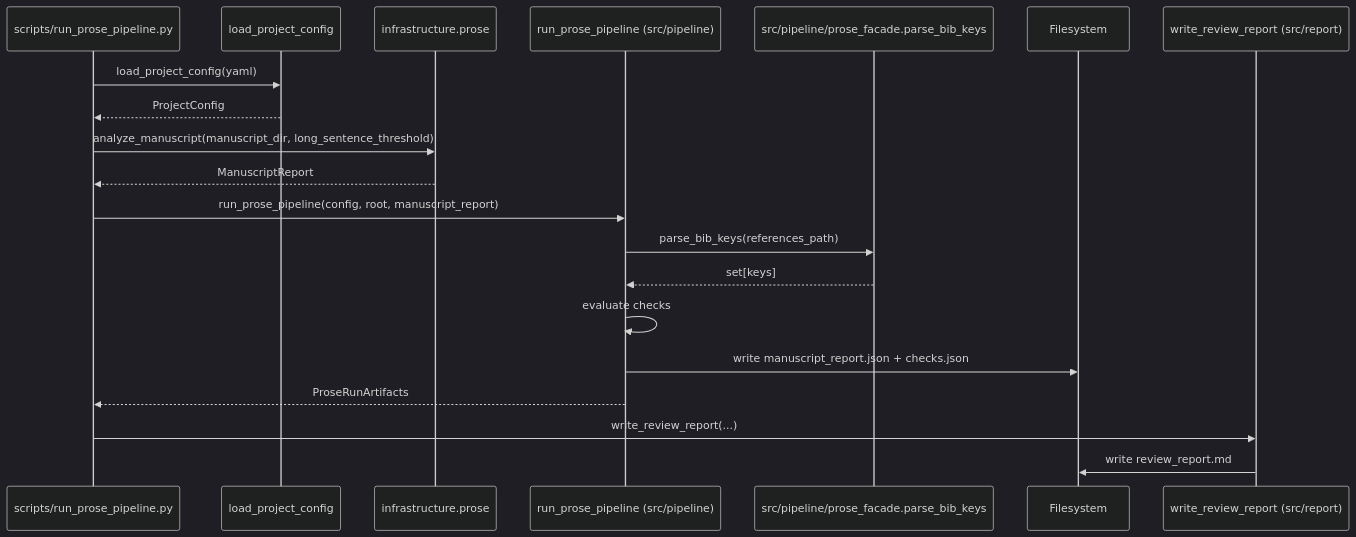
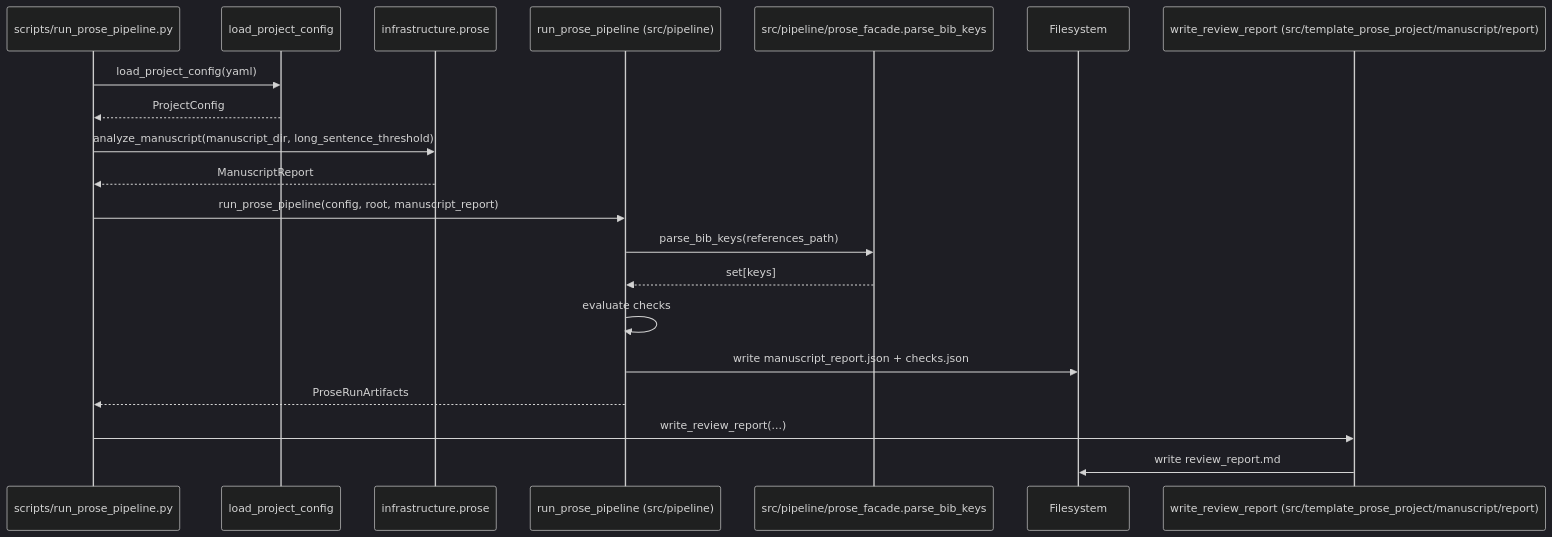
Before and after one commit to docxology/template: the second of 2 diagrams in projects/templates/template_prose_project/docs/architecture.md, drawn with Mermaid (dark theme). The commit also changed other lines of this file and 153 other files, not shown here.

````diff
--- a/projects/templates/template_prose_project/docs/architecture.md
+++ b/projects/templates/template_prose_project/docs/architecture.md
@@ -43,23 +43,23 @@
 ```mermaid
 sequenceDiagram
     participant CLI as scripts/run_prose_pipeline.py
     participant CFG as load_project_config
     participant PROSE as infrastructure.prose
     participant PIPE as run_prose_pipeline (src/pipeline)
     participant PF as src/pipeline/prose_facade.parse_bib_keys
     participant FS as Filesystem
-    participant REP as write_review_report (src/report)
+    participant REP as write_review_report (src/template_prose_project/manuscript/report)
 
     CLI->>CFG: load_project_config(yaml)
     CFG-->>CLI: ProjectConfig
     CLI->>PROSE: analyze_manuscript(manuscript_dir, long_sentence_threshold)
     PROSE-->>CLI: ManuscriptReport
     CLI->>PIPE: run_prose_pipeline(config, root, manuscript_report)
     PIPE->>PF: parse_bib_keys(references_path)
     PF-->>PIPE: set[keys]
     PIPE->>PIPE: evaluate checks
     PIPE->>FS: write manuscript_report.json + checks.json
     PIPE-->>CLI: ProseRunArtifacts
     CLI->>REP: write_review_report(...)
     REP->>FS: write review_report.md
 ```
````
